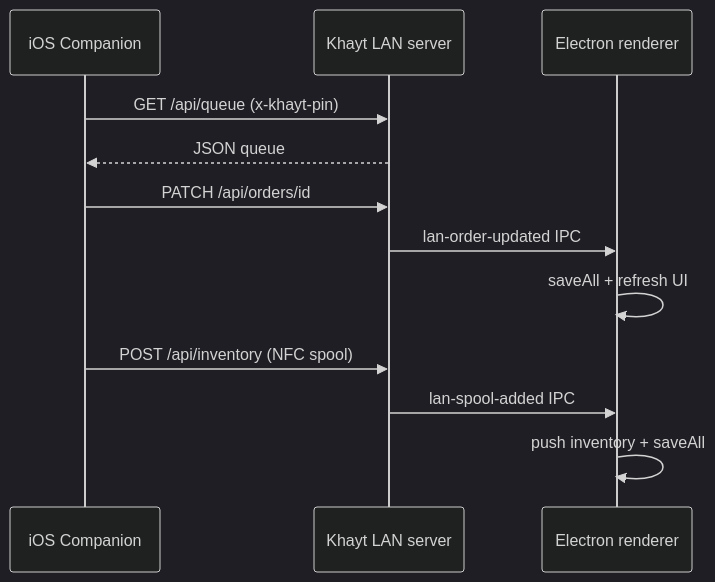
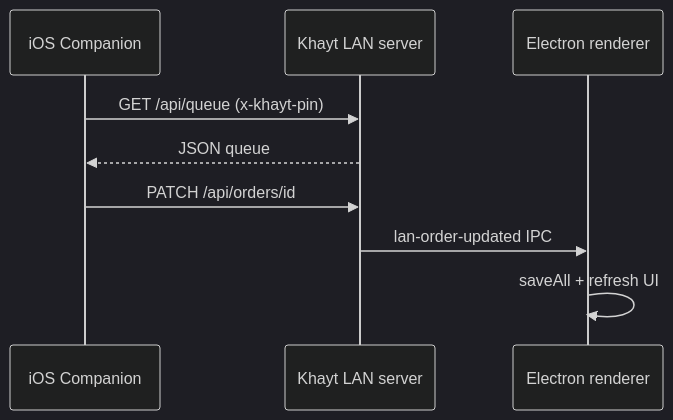
The diagram in docs/IOS_COMPANION.md (Alballaa/Khayt), drawn with Mermaid (dark theme) before and after one commit. The commit also changed other lines of this file and 18 other files, not shown here.

First line of the commit message:
docs(ios): LAN API reference and companion v1 pairing/health

````diff
--- a/docs/IOS_COMPANION.md
+++ b/docs/IOS_COMPANION.md
@@ -7,16 +24,12 @@
 ```mermaid
 sequenceDiagram
     participant Phone as iOS Companion
     participant LAN as Khayt LAN server
     participant Desktop as Electron renderer
 
     Phone->>LAN: GET /api/queue (x-khayt-pin)
     LAN-->>Phone: JSON queue
     Phone->>LAN: PATCH /api/orders/id
     LAN->>Desktop: lan-order-updated IPC
     Desktop->>Desktop: saveAll + refresh UI
-
-    Phone->>LAN: POST /api/inventory (NFC spool)
-    LAN->>Desktop: lan-spool-added IPC
-    Desktop->>Desktop: push inventory + saveAll
 ```
````
